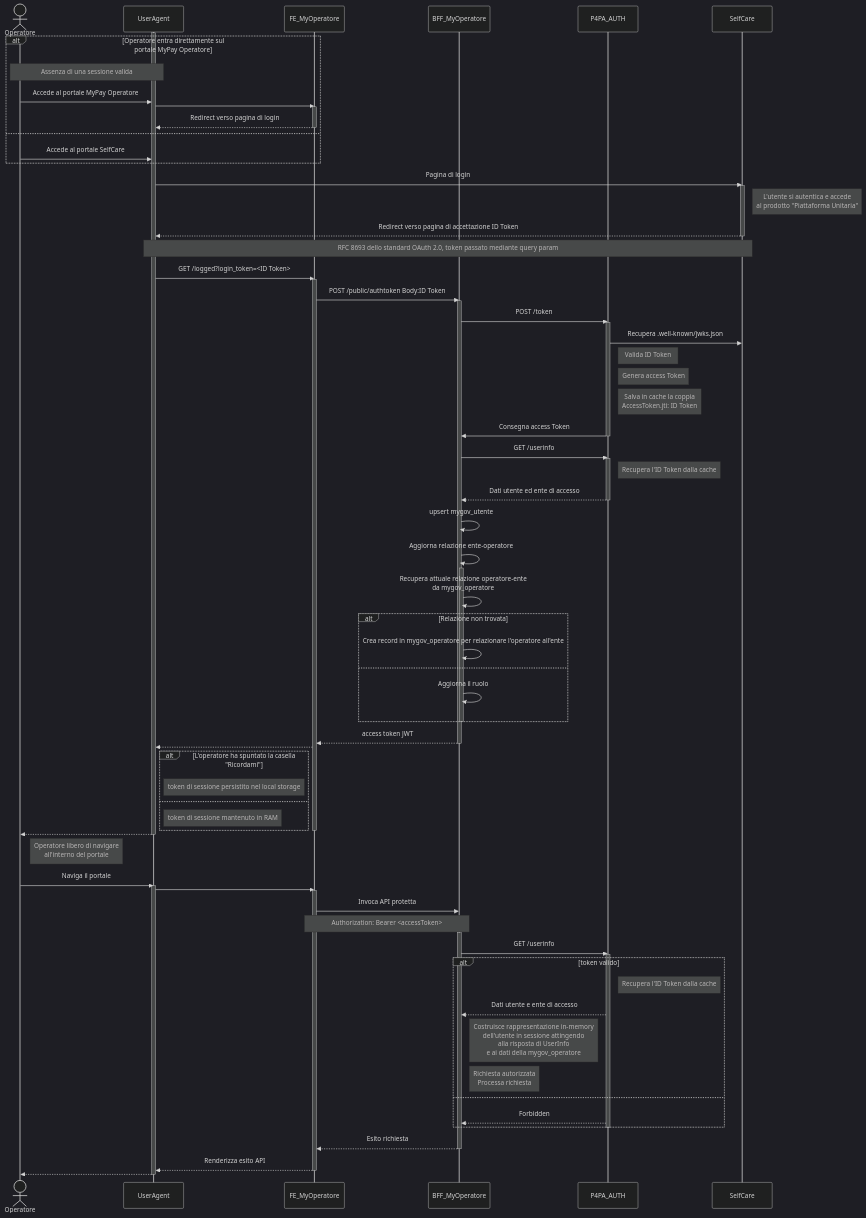
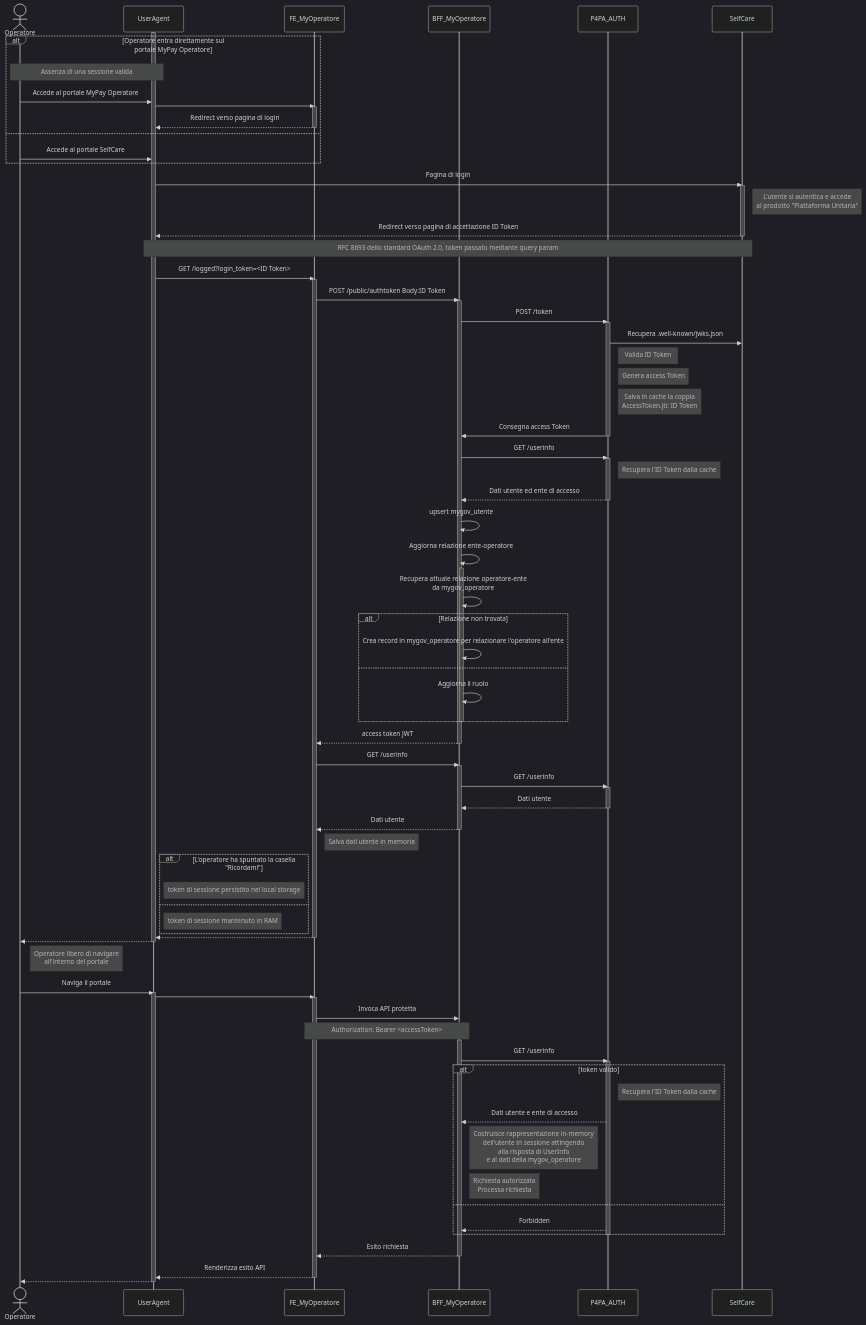
The diagram in confluence/DesignReview/AutenticazioneEAutorizzazioneInMyPayOperatore/TOBE_auth.mmd (pagopa/p4pa-doc), drawn with Mermaid (dark theme) before and after one commit. The commit also changed 2 other files, not shown here.

Commit message:
container diagram

```diff
--- a/confluence/DesignReview/AutenticazioneEAutorizzazioneInMyPayOperatore/TOBE_auth.mmd
+++ b/confluence/DesignReview/AutenticazioneEAutorizzazioneInMyPayOperatore/TOBE_auth.mmd
@@ -1,103 +1,114 @@
 sequenceDiagram
     actor Operatore
     participant UserAgent
     participant FE as FE_MyOperatore
     participant BFF as BFF_MyOperatore
     participant AUTH as P4PA_AUTH
     participant SelfCare
 
 
     activate UserAgent
         alt Operatore entra direttamente sul portale MyPay Operatore
             note over Operatore, UserAgent: Assenza di una sessione valida
             Operatore ->> UserAgent: Accede al portale MyPay Operatore
 
             UserAgent ->> FE: #
             activate FE
                 FE -->> UserAgent: Redirect verso pagina di login
             deactivate FE
         else
             Operatore ->> UserAgent: Accede al portale SelfCare
         end
 
         UserAgent ->> SelfCare: Pagina di login
         activate SelfCare
             note right of SelfCare: L'utente si autentica e accede<br />al prodotto "Piattaforma Unitaria"
             SelfCare -->> UserAgent: Redirect verso pagina di accettazione ID Token
         deactivate SelfCare
         note over UserAgent, SelfCare: RFC 8693 dello standard OAuth 2.0, token passato mediante query param
 
         UserAgent ->> FE: GET /logged?login_token=<ID Token>
         activate FE
             FE ->> BFF: POST /public/authtoken Body:ID Token
             activate BFF
                 BFF ->> AUTH: POST /token
                 activate AUTH
                     AUTH ->> SelfCare: Recupera .well-known/jwks.json
                     note right of AUTH: Valida ID Token
                     note right of AUTH: Genera access Token
                     note right of AUTH: Salva in cache la coppia<BR />AccessToken.jti: ID Token
                     AUTH ->> BFF: Consegna access Token
                 deactivate AUTH
 
                 BFF ->> AUTH: GET /userinfo
                 activate AUTH
                     note right of AUTH: Recupera l'ID Token dalla cache
                     AUTH -->> BFF: Dati utente ed ente di accesso
                 deactivate AUTH
 
                 BFF ->> BFF: upsert mygov_utente
 
                 BFF ->> BFF: Aggiorna relazione ente-operatore
                 activate BFF
                     BFF ->> BFF: Recupera attuale relazione operatore-ente<BR />da mygov_operatore
                     alt Relazione non trovata
                         BFF ->> BFF: Crea record in mygov_operatore per relazionare l'operatore all'ente
                     else
                         BFF ->> BFF: Aggiorna il ruolo
                     end
                 deactivate BFF
 
                 BFF -->> FE: access token JWT
             deactivate BFF
-            FE -->> UserAgent: #
+
+            FE ->> BFF: GET /userinfo
+            activate BFF
+                BFF ->> AUTH: GET /userinfo
+                activate AUTH
+                    AUTH -->> BFF: Dati utente
+                deactivate AUTH
+            BFF -->> FE: Dati utente
+            deactivate BFF
+            note right of FE: Salva dati utente in memoria
+
             alt L'operatore ha spuntato la casella "Ricordami"
                 note right of UserAgent: token di sessione persistito nel local storage
             else
                 note right of UserAgent: token di sessione mantenuto in RAM
             end
+            FE -->> UserAgent: #
         deactivate FE
 
         UserAgent -->> Operatore: #
     deactivate UserAgent
 
     note right of Operatore: Operatore libero di navigare<BR />all'interno del portale
 
     Operatore ->> UserAgent: Naviga il portale
 
     activate UserAgent
         UserAgent ->> FE: #
         activate FE
             FE ->> BFF: Invoca API protetta
             note over FE, BFF: Authorization: Bearer <accessToken>
 
             activate BFF
                 BFF ->> AUTH: GET /userinfo
                 activate AUTH
                     alt token valido
                         note right of AUTH: Recupera l'ID Token dalla cache
                         AUTH -->> BFF: Dati utente e ente di accesso
                         note right of BFF: Costruisce rappresentazione in-memory<BR />dell'utente in sessione attingendo<BR />alla risposta di UserInfo<BR />e ai dati della mygov_operatore
                         note right of BFF: Richiesta autorizzata<BR />Processa richiesta
                     else
                         AUTH -->> BFF: Forbidden
                     end
                 deactivate AUTH
 
                 BFF -->> FE: Esito richiesta
             deactivate BFF
 
             FE -->> UserAgent: Renderizza esito API
         deactivate FE
         UserAgent -->> Operatore: #
     deactivate UserAgent
```
